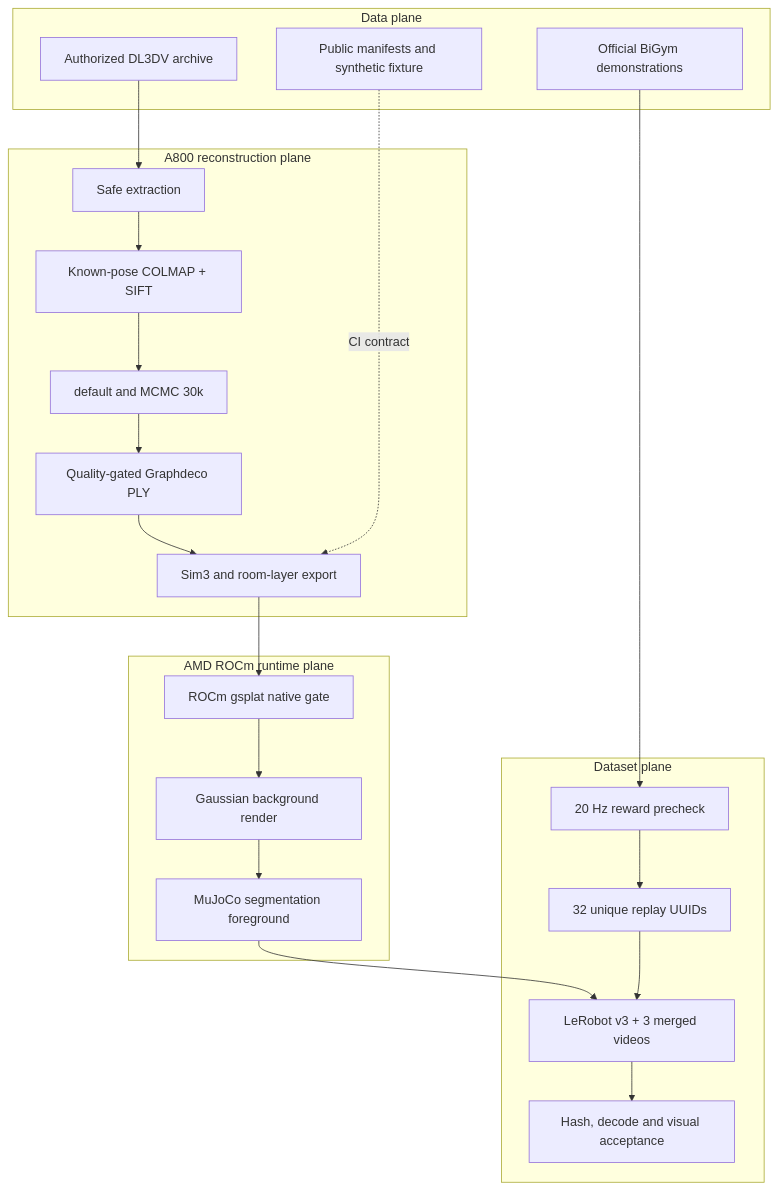
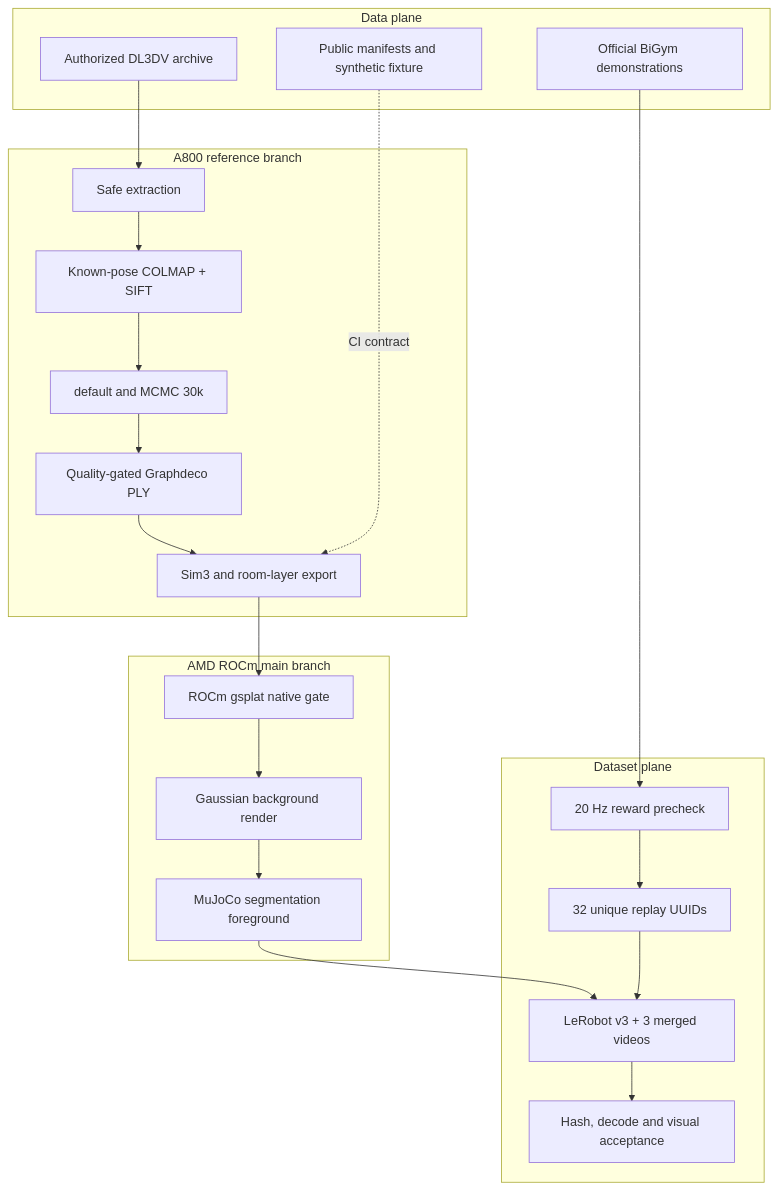
One commit to eust-w/amd-bigym-3dgs-rocm changed the diagram in docs/architecture/end-to-end.md. Above: the diagram before and after it, drawn with Mermaid. The commit also changed 25 other files, not shown here.

Commit message:
Publish reproduced AMD ROCm kitchen reconstruction

````diff
--- a/docs/architecture/end-to-end.md
+++ b/docs/architecture/end-to-end.md
@@ -3,36 +3,36 @@
 ```mermaid
 flowchart TB
   subgraph Data[Data plane]
     D1[Authorized DL3DV archive]
     D2[Official BiGym demonstrations]
     D3[Public manifests and synthetic fixture]
   end
 
-  subgraph Reconstruction[A800 reconstruction plane]
+  subgraph Reconstruction[A800 reference branch]
     R1[Safe extraction]
     R2[Known-pose COLMAP + SIFT]
     R3[default and MCMC 30k]
     R4[Quality-gated Graphdeco PLY]
     R5[Sim3 and room-layer export]
   end
 
-  subgraph Runtime[AMD ROCm runtime plane]
+  subgraph Runtime[AMD ROCm main branch]
     A1[ROCm gsplat native gate]
     A2[Gaussian background render]
     A3[MuJoCo segmentation foreground]
   end
 
   subgraph Collection[Dataset plane]
     C1[20 Hz reward precheck]
     C2[32 unique replay UUIDs]
     C3[LeRobot v3 + 3 merged videos]
     C4[Hash, decode and visual acceptance]
   end
 
   D1 --> R1 --> R2 --> R3 --> R4 --> R5
   R5 --> A1 --> A2 --> A3
   D2 --> C1 --> C2
   A3 --> C3
   C2 --> C3 --> C4
   D3 -. CI contract .-> R5
 ```
````
